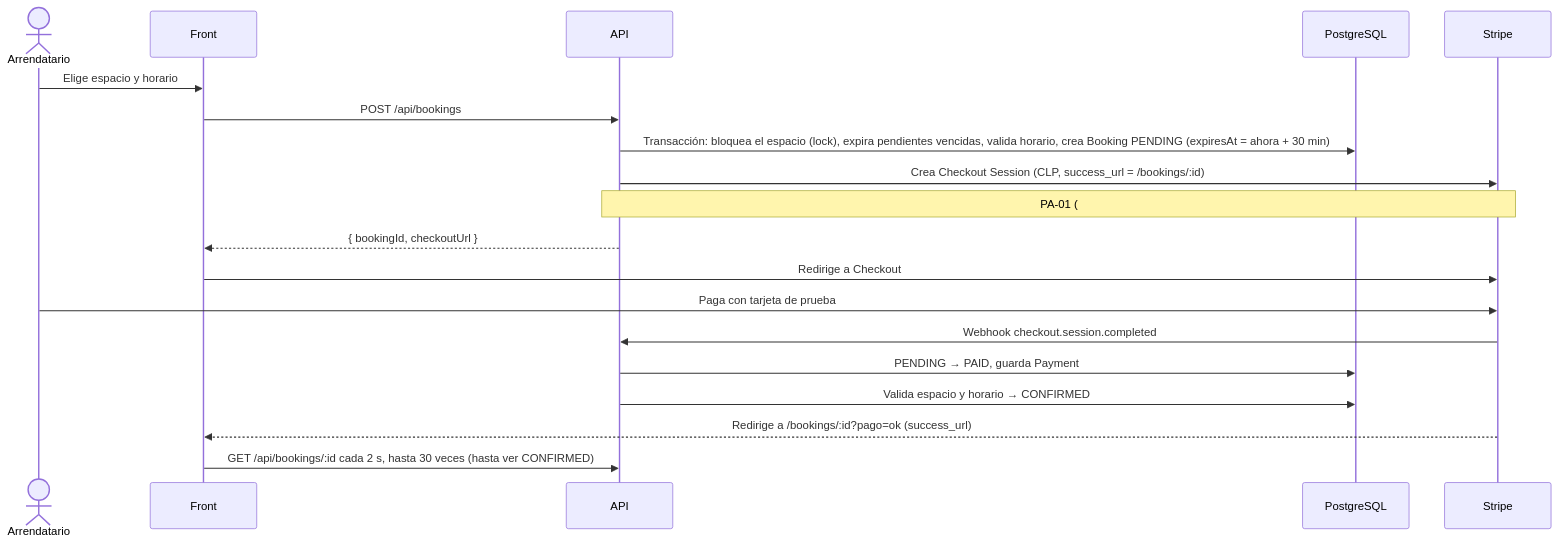
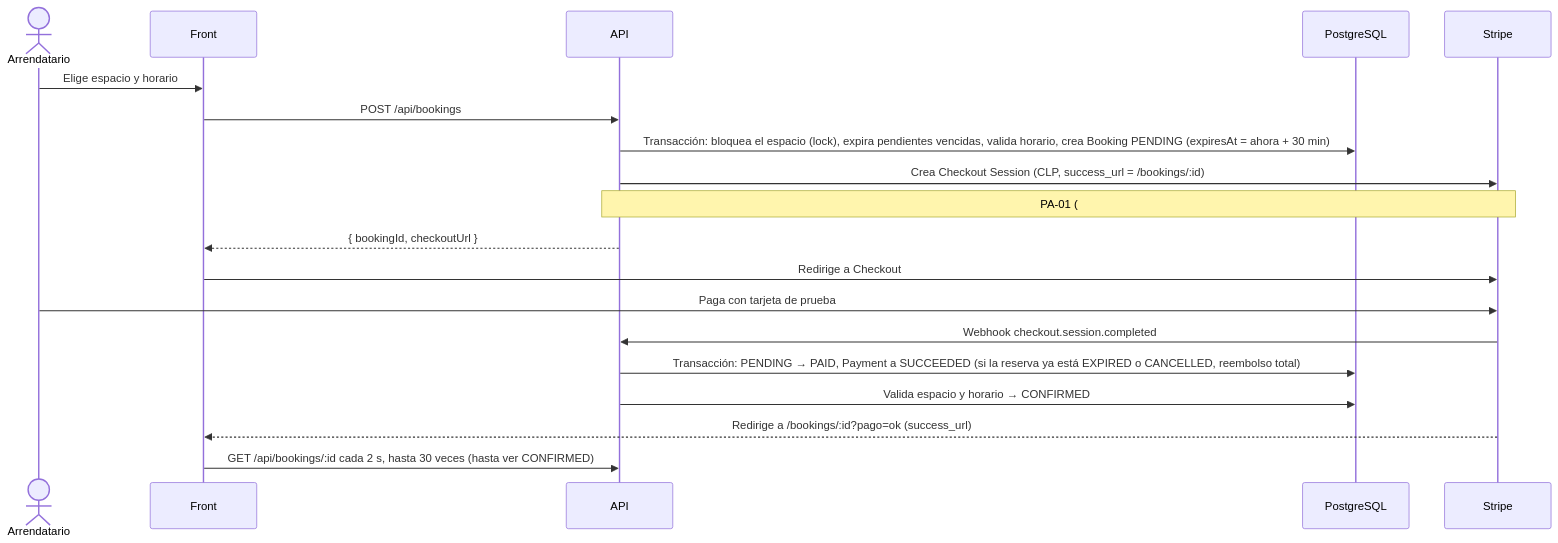
Before and after one commit to AlejandroMG/inf331-equipo-3: the third of 3 diagrams in docs/arquitectura.md, drawn with Mermaid. The commit also changed other lines of this file and 17 other files, not shown here.

````diff
--- a/docs/arquitectura.md
+++ b/docs/arquitectura.md
@@ -448,21 +463,21 @@
 ```mermaid
 sequenceDiagram
     actor Arr as Arrendatario
     participant F as Front
     participant A as API
     participant DB as PostgreSQL
     participant S as Stripe
     Arr->>F: Elige espacio y horario
     F->>A: POST /api/bookings
     A->>DB: Transacción: bloquea el espacio (lock), expira pendientes vencidas, valida horario, crea Booking PENDING (expiresAt = ahora + 30 min)
     A->>S: Crea Checkout Session (CLP, success_url = /bookings/:id)
     Note over A,S: PA-01 (#45): Stripe exige expires_at ≥ creación + 30 min, así que no puede ser igual a expiresAt#59; se decide en PA-01
     A-->>F: { bookingId, checkoutUrl }
     F->>S: Redirige a Checkout
     Arr->>S: Paga con tarjeta de prueba
     S->>A: Webhook checkout.session.completed
-    A->>DB: PENDING → PAID, guarda Payment
+    A->>DB: Transacción: PENDING → PAID, Payment a SUCCEEDED (si la reserva ya está EXPIRED o CANCELLED, reembolso total)
     A->>DB: Valida espacio y horario → CONFIRMED
     S-->>F: Redirige a /bookings/:id?pago=ok (success_url)
     F->>A: GET /api/bookings/:id cada 2 s, hasta 30 veces (hasta ver CONFIRMED)
 ```
````
